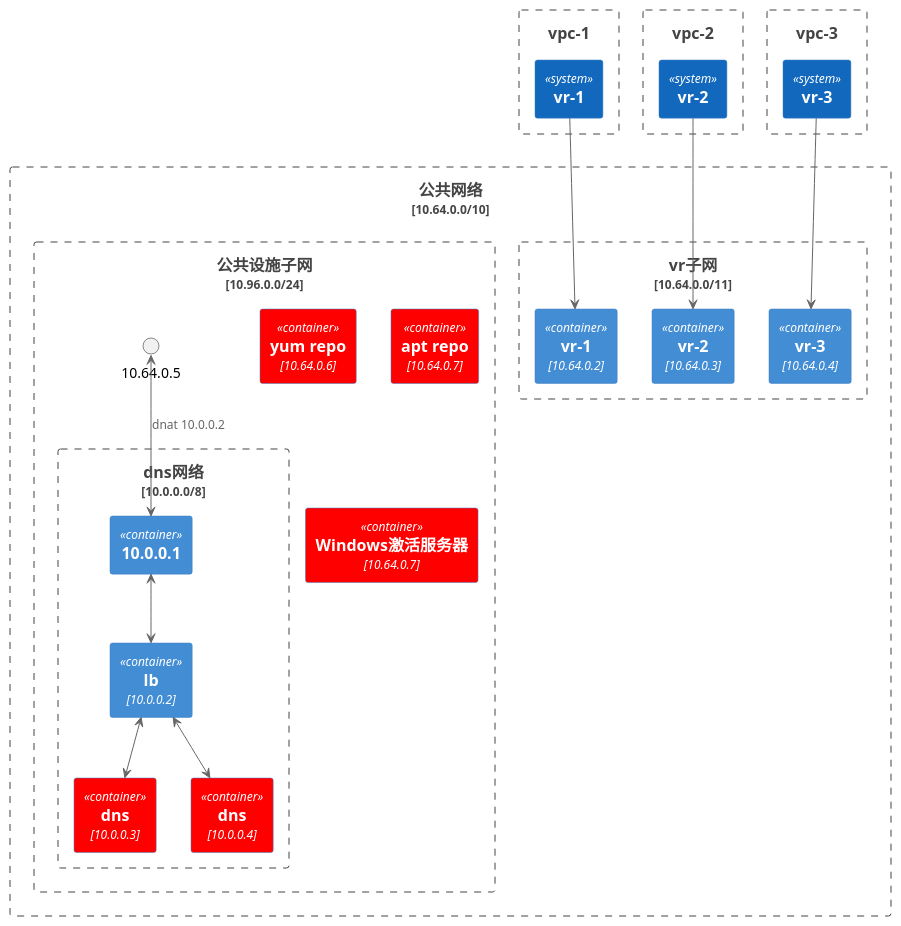
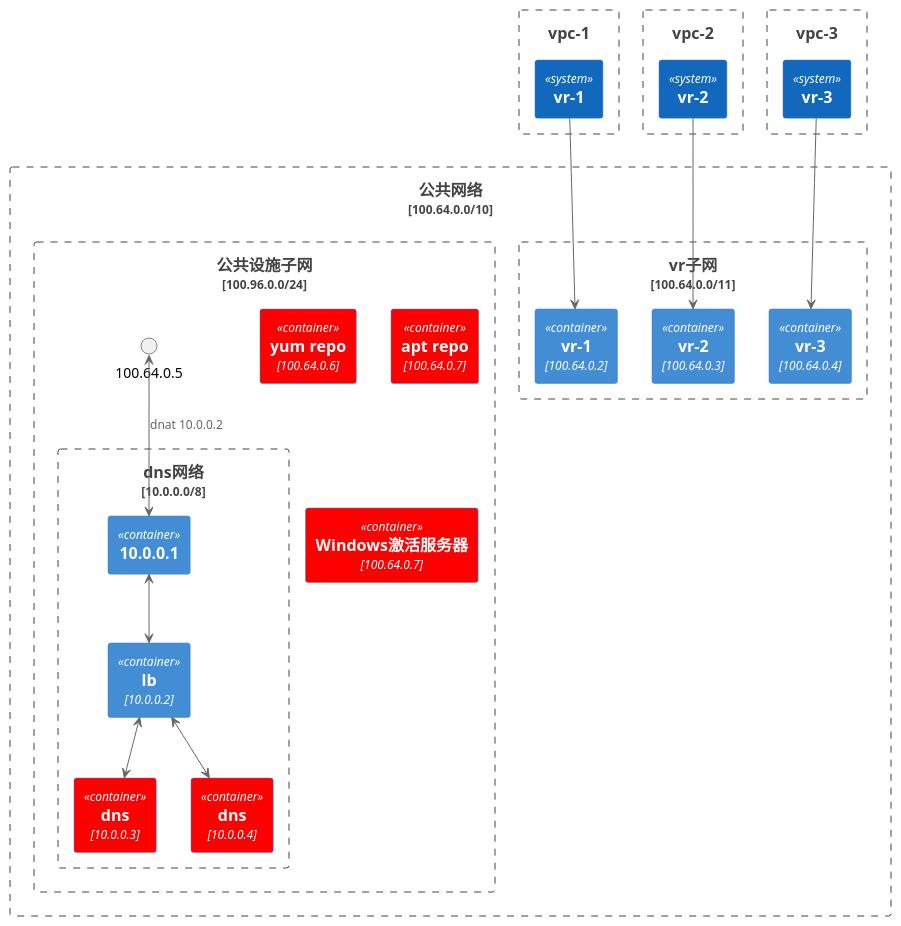
The third of 4 diagrams in 云与虚拟化/网络/中级知识/活用公共网络实现云托管服务/readme.md (gardenerframework/impatiens), drawn with PlantUML before and after one commit. The commit also changed other lines of this file, not shown here.

````diff
--- a/云与虚拟化/网络/中级知识/活用公共网络实现云托管服务/readme.md
+++ b/云与虚拟化/网络/中级知识/活用公共网络实现云托管服务/readme.md
@@ -68,39 +68,39 @@
 ```plantuml
 @startuml
 !include  https://plantuml.s3.cn-north-1.jdcloud-oss.com/C4_Container.puml
-Boundary(shared, 公共网络, 10.64.0.0/10) {
-    Boundary(vr子网, vr子网, 10.64.0.0/11) { 
-        Container(port1, vr-1, 10.64.0.2)
-        Container(port2, vr-2, 10.64.0.3)
-        Container(port3, vr-3, 10.64.0.4)
+Boundary(shared, 公共网络, 100.64.0.0/10) {
+    Boundary(vr子网, vr子网, 100.64.0.0/11) { 
+        Container(port1, vr-1, 100.64.0.2)
+        Container(port2, vr-2, 100.64.0.3)
+        Container(port3, vr-3, 100.64.0.4)
     }
-    Boundary(公共设施子网, 公共设施子网, 10.96.0.0/24) {
+    Boundary(公共设施子网, 公共设施子网, 100.96.0.0/24) {
         Boundary(dns_net, dns网络, 10.0.0.0/8) {
             Container(10.0.0.1, 10.0.0.1)
             Container(dnslb, lb, 10.0.0.2) 
             Container(dns1, dns, 10.0.0.3) #red
             Container(dns2, dns, 10.0.0.4) #red
             10.0.0.1 <--> dnslb
             dnslb <--> dns1
             dnslb <--> dns2
         }
-        10.64.0.5 <--> 10.0.0.1: dnat 10.0.0.2
-        Container(yum, yum repo, 10.64.0.6) #red
-        Container(apt, apt repo, 10.64.0.7) #red
-        Container(windows_server, Windows激活服务器, 10.64.0.7) #red
+        100.64.0.5 <--> 10.0.0.1: dnat 10.0.0.2
+        Container(yum, yum repo, 100.64.0.6) #red
+        Container(apt, apt repo, 100.64.0.7) #red
+        Container(windows_server, Windows激活服务器, 100.64.0.7) #red
     }
 }
 Boundary(vpc1, vpc-1) {
     System(router1, vr-1)
     router1 -d-> port1
 }
 Boundary(vpc2, vpc-2) {
     System(router2, vr-2)
     router2 -d-> port2
 }
 Boundary(vpc3, vpc-3) {
     System(router3, vr-3)
     router3 -d-> port3
 }
 @enduml
 ```
````
